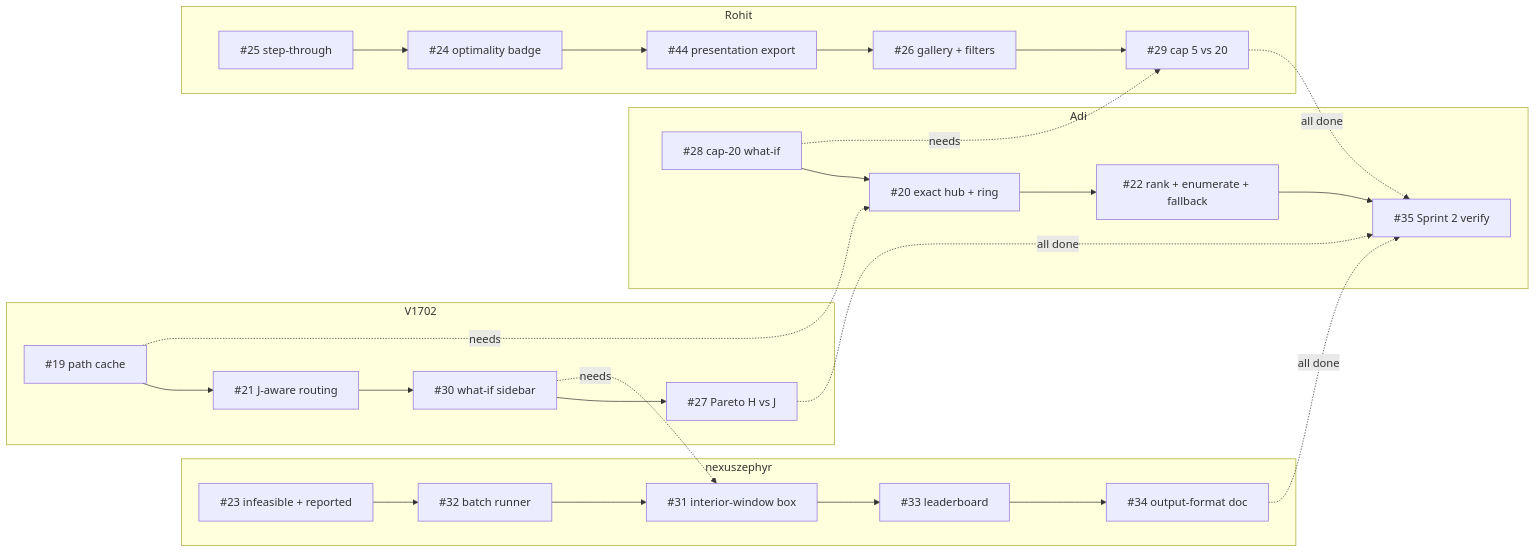
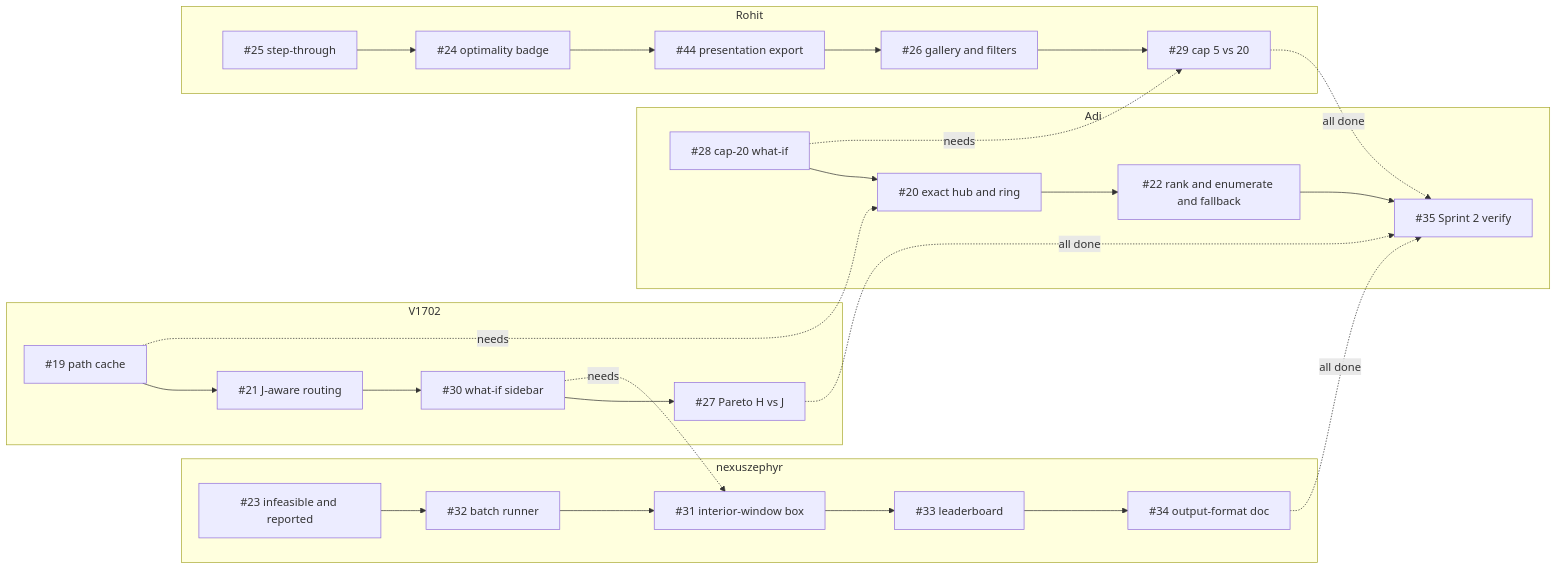
Before and after one commit to Adityashandilya555/hackhive: the second of 2 diagrams in docs/EXECUTION_PLAN.md, drawn with Mermaid. The commit also changed other lines of this file and 2 other files, not shown here.

Commit message:
docs: GitHub-safe execution maps (quoted labels, #35; entity for #)
The lane maps used bare '#' at the start of node labels; they now use quoted
labels with mermaid's '#35;' entity and 'and' instead of '+'. Verified with
mermaid-cli 11.16.0, 10.9.1, 9.4.0 and 8.13.10 (exit 0, no syntax error,
'#2 contracts' decoded correctly); PNG fallbacks re-rendered.

````diff
--- a/docs/EXECUTION_PLAN.md
+++ b/docs/EXECUTION_PLAN.md
@@ -75,49 +75,49 @@
 ```mermaid
 flowchart LR
     subgraph AdiS2 [Adi]
-        i28[#28 cap-20 what-if]
-        i20[#20 exact hub + ring]
-        i22[#22 rank + enumerate + fallback]
-        i35[#35 Sprint 2 verify]
+        i28["#35;28 cap-20 what-if"]
+        i20["#35;20 exact hub and ring"]
+        i22["#35;22 rank and enumerate and fallback"]
+        i35["#35;35 Sprint 2 verify"]
         i28 --> i20
         i20 --> i22
         i22 --> i35
     end
     subgraph nexuszephyrS2 [nexuszephyr]
-        i23[#23 infeasible + reported]
-        i32[#32 batch runner]
-        i31[#31 interior-window box]
-        i33[#33 leaderboard]
-        i34[#34 output-format doc]
+        i23["#35;23 infeasible and reported"]
+        i32["#35;32 batch runner"]
+        i31["#35;31 interior-window box"]
+        i33["#35;33 leaderboard"]
+        i34["#35;34 output-format doc"]
         i23 --> i32
         i32 --> i31
         i31 --> i33
         i33 --> i34
     end
     subgraph V1702S2 [V1702]
-        i19[#19 path cache]
-        i21[#21 J-aware routing]
-        i30[#30 what-if sidebar]
-        i27[#27 Pareto H vs J]
+        i19["#35;19 path cache"]
+        i21["#35;21 J-aware routing"]
+        i30["#35;30 what-if sidebar"]
+        i27["#35;27 Pareto H vs J"]
         i19 --> i21
         i21 --> i30
         i30 --> i27
     end
     subgraph RohitS2 [Rohit]
-        i25[#25 step-through]
-        i24[#24 optimality badge]
-        i44[#44 presentation export]
-        i26[#26 gallery + filters]
-        i29[#29 cap 5 vs 20]
+        i25["#35;25 step-through"]
+        i24["#35;24 optimality badge"]
+        i44["#35;44 presentation export"]
+        i26["#35;26 gallery and filters"]
+        i29["#35;29 cap 5 vs 20"]
         i25 --> i24
         i24 --> i44
         i44 --> i26
         i26 --> i29
     end
     i19 -.->|needs| i20
     i30 -.->|needs| i31
     i28 -.->|needs| i29
     i34 -.->|all done| i35
     i27 -.->|all done| i35
     i29 -.->|all done| i35
 ```
````
